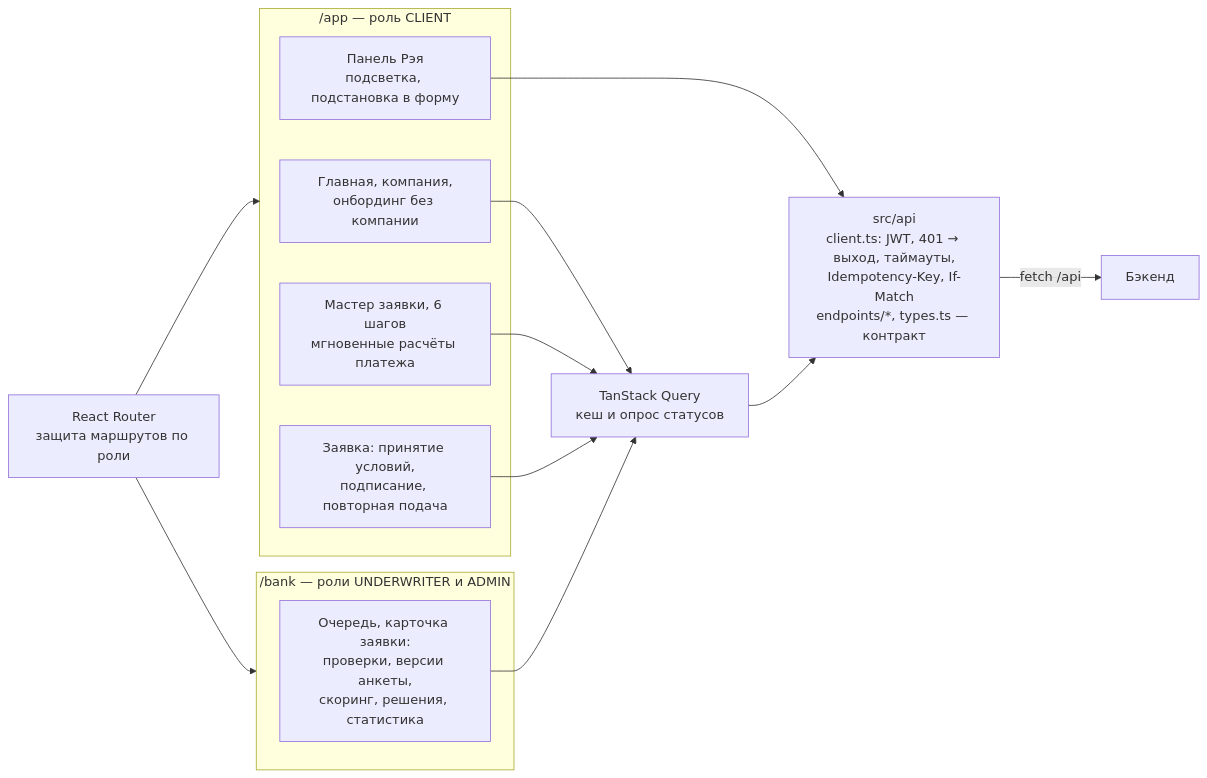
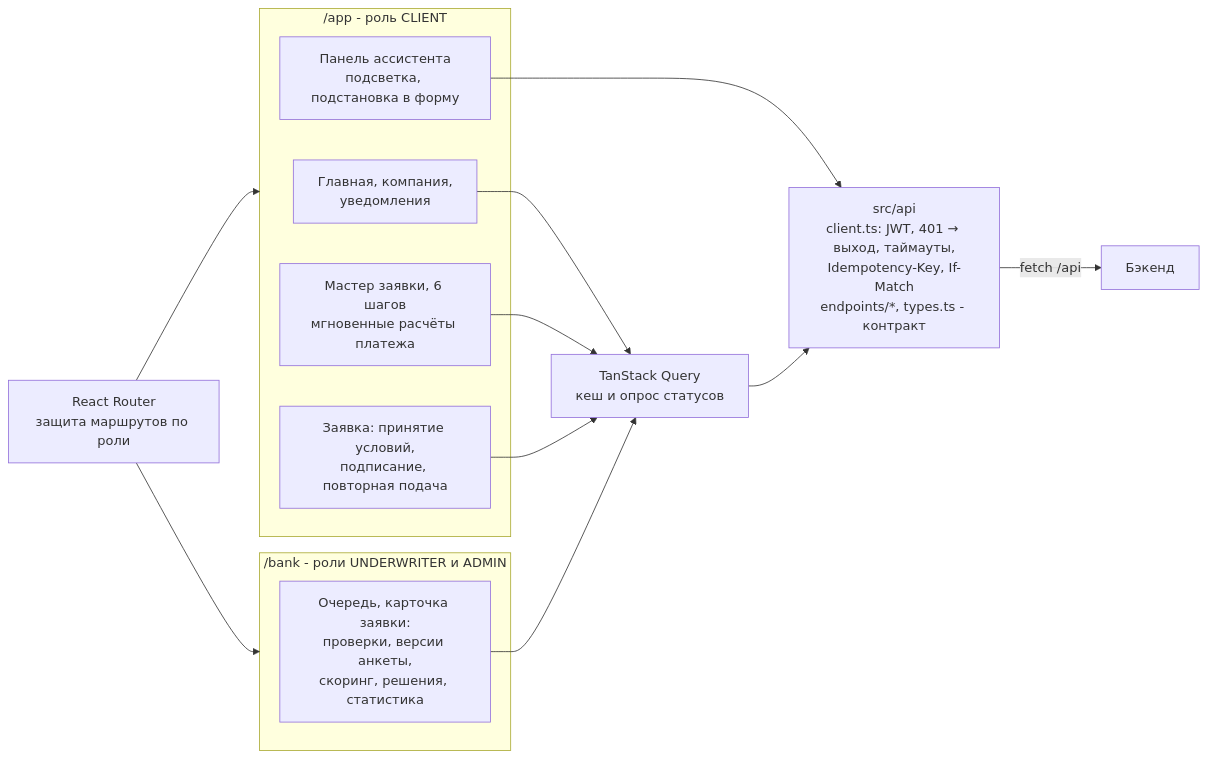
The fifth of 8 diagrams in docs/architecture.md (hugecatdev/alpharay), drawn with Mermaid before and after one commit. The commit also changed other lines of this file and 49 other files, not shown here.

````diff
--- a/docs/architecture.md
+++ b/docs/architecture.md
@@ -197,28 +165,28 @@
 ```mermaid
 flowchart LR
     router["React Router<br/>защита маршрутов по роли"]
 
-    subgraph client["/app — роль CLIENT"]
-        dash["Главная, компания,<br/>онбординг без компании"]
+    subgraph client["/app - роль CLIENT"]
+        dash["Главная, компания,<br/>уведомления"]
         wizard["Мастер заявки, 6 шагов<br/>мгновенные расчёты платежа"]
         details["Заявка: принятие условий,<br/>подписание, повторная подача"]
-        ray["Панель Рэя<br/>подсветка, подстановка в форму"]
+        ray["Панель ассистента<br/>подсветка, подстановка в форму"]
     end
 
-    subgraph bank["/bank — роли UNDERWRITER и ADMIN"]
+    subgraph bank["/bank - роли UNDERWRITER и ADMIN"]
         queue["Очередь, карточка заявки:<br/>проверки, версии анкеты,<br/>скоринг, решения, статистика"]
     end
 
-    apiLayer["src/api<br/>client.ts: JWT, 401 → выход, таймауты,<br/>Idempotency-Key, If-Match<br/>endpoints/*, types.ts — контракт"]
+    apiLayer["src/api<br/>client.ts: JWT, 401 → выход, таймауты,<br/>Idempotency-Key, If-Match<br/>endpoints/*, types.ts - контракт"]
     query["TanStack Query<br/>кеш и опрос статусов"]
 
     router --> client
     router --> bank
     dash --> query
     wizard --> query
     details --> query
     ray --> apiLayer
     queue --> query
     query --> apiLayer
     apiLayer -->|"fetch /api"| backend["Бэкенд"]
 ```
````
